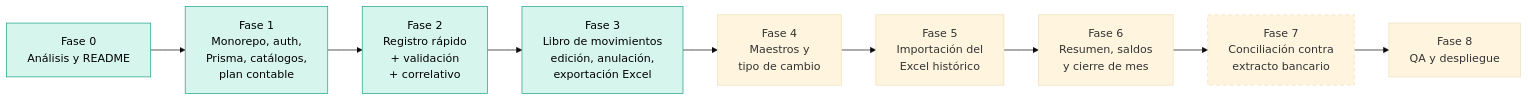
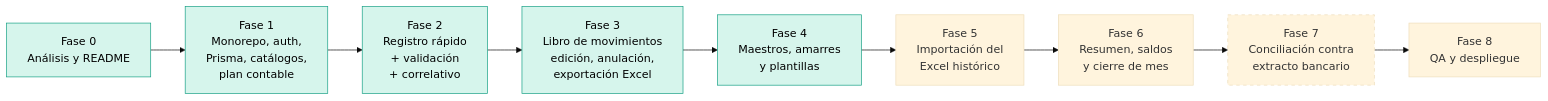
Diagram 17 of 17 in README.md (Jose27luis/conciliacion-bancaria), drawn with Mermaid (base theme) before and after one commit. The commit also changed other lines of this file, not shown here.

Commit message:
docs: documentar la fase 4 de maestros, amarres y plantillas

````diff
--- a/README.md
+++ b/README.md
@@ -813,17 +838,18 @@
 ```mermaid
 flowchart LR
     F0[Fase 0<br/>Análisis y README] --> F1
     F1[Fase 1<br/>Monorepo, auth,<br/>Prisma, catálogos,<br/>plan contable] --> F2
     F2[Fase 2<br/>Registro rápido<br/>+ validación<br/>+ correlativo] --> F3
     F3[Fase 3<br/>Libro de movimientos<br/>edición, anulación,<br/>exportación Excel] --> F4
-    F4[Fase 4<br/>Maestros y<br/>tipo de cambio] --> F5
+    F4[Fase 4<br/>Maestros, amarres<br/>y plantillas] --> F5
     F5[Fase 5<br/>Importación del<br/>Excel histórico] --> F6
     F6[Fase 6<br/>Resumen, saldos<br/>y cierre de mes] --> F7
     F7[Fase 7<br/>Conciliación contra<br/>extracto bancario] --> F8[Fase 8<br/>QA y despliegue]
 
     style F0 fill:#d6f5ec,stroke:#16a085,color:#000
     style F1 fill:#d6f5ec,stroke:#16a085,color:#000
     style F2 fill:#d6f5ec,stroke:#16a085,color:#000
     style F3 fill:#d6f5ec,stroke:#16a085,color:#000
+    style F4 fill:#d6f5ec,stroke:#16a085,color:#000
     style F7 stroke-dasharray: 5 5
 ```
````
